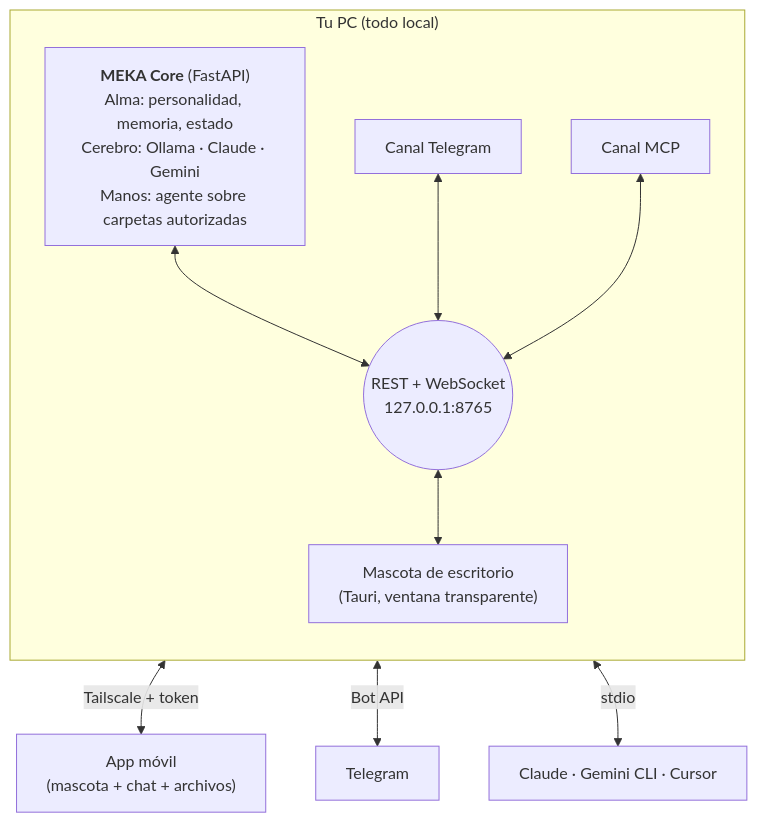
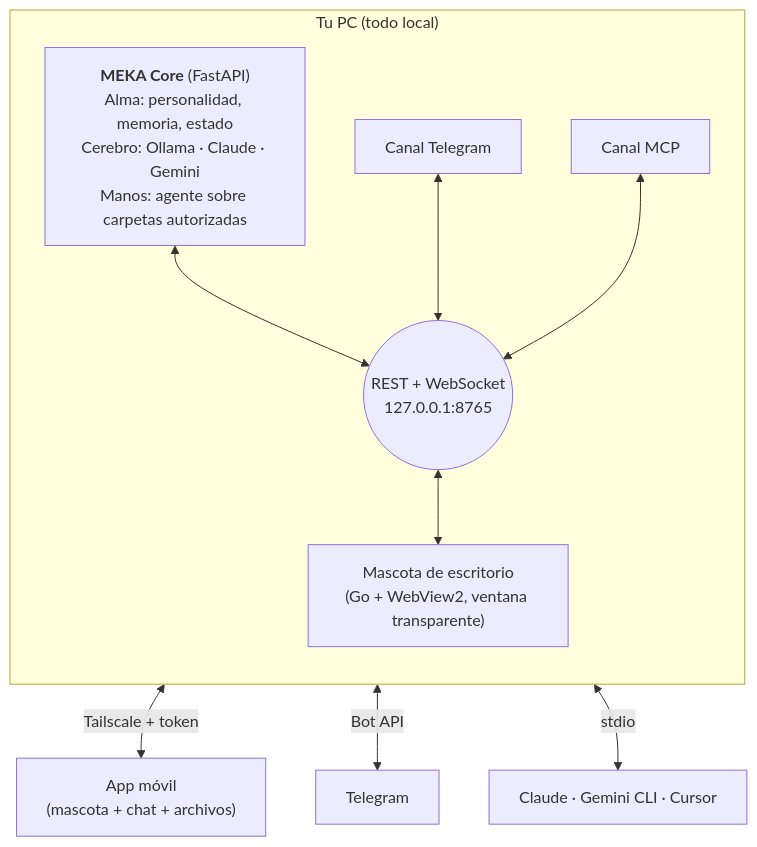
Before and after one commit to Nekimu/PROJECT-MEKA: the diagram in docs/VISION.md, drawn with Mermaid. The commit also changed other lines of this file and 4 other files, not shown here.

First line of the commit message:
docs: la mascota pasa de Tauri a Go + WebView2; informe de rendimiento

````diff
--- a/docs/VISION.md
+++ b/docs/VISION.md
@@ -32,16 +32,16 @@
 ```mermaid
 flowchart TB
     subgraph PC["Tu PC (todo local)"]
         direction TB
         CORE["<b>MEKA Core</b> (FastAPI)<br/>Alma: personalidad, memoria, estado<br/>Cerebro: Ollama · Claude · Gemini<br/>Manos: agente sobre carpetas autorizadas"]
         BUS(("REST + WebSocket<br/>127.0.0.1:8765"))
         CORE <--> BUS
-        PET["Mascota de escritorio<br/>(Tauri, ventana transparente)"]
+        PET["Mascota de escritorio<br/>(Go + WebView2, ventana transparente)"]
         BUS <--> PET
         TGC["Canal Telegram"] <--> BUS
         MCPC["Canal MCP"] <--> BUS
     end
     BUS <-->|Tailscale + token| APP["App móvil<br/>(mascota + chat + archivos)"]
     TGC <-->|Bot API| TG["Telegram"]
     MCPC <-->|stdio| AG["Claude · Gemini CLI · Cursor"]
 ```
````
